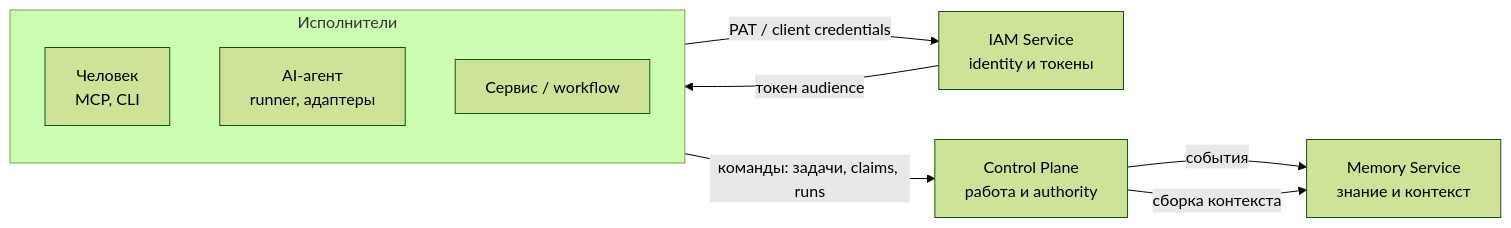
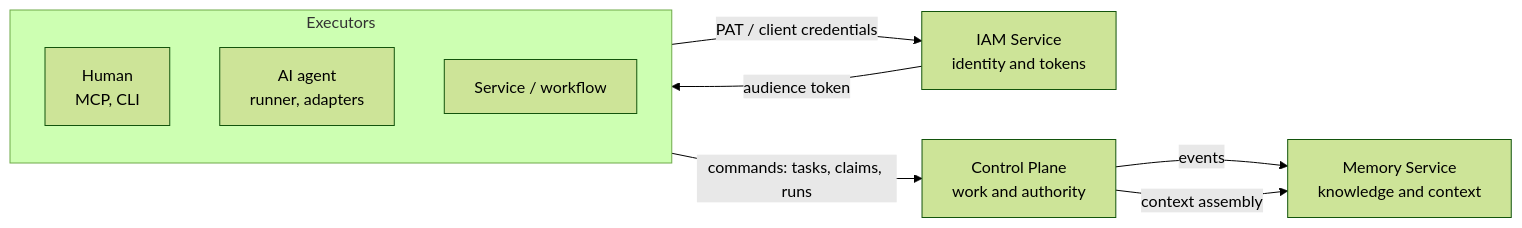
Before and after one commit to monthu56/taimen: the diagram in guide/docs/overview/index.md, drawn with Mermaid (forest theme). The commit also changed other lines of this file and 183 other files, not shown here.

````diff
--- a/guide/docs/overview/index.md
+++ b/guide/docs/overview/index.md
@@ -20,17 +21,17 @@
 ```mermaid
 flowchart LR
-    subgraph Executors["Исполнители"]
-        H[Человек<br/>MCP, CLI]
-        A[AI-агент<br/>runner, адаптеры]
-        S[Сервис / workflow]
+    subgraph Executors["Executors"]
+        H[Human<br/>MCP, CLI]
+        A[AI agent<br/>runner, adapters]
+        S[Service / workflow]
     end
-    IAM[IAM Service<br/>identity и токены]
-    CP[Control Plane<br/>работа и authority]
-    M[Memory Service<br/>знание и контекст]
+    IAM[IAM Service<br/>identity and tokens]
+    CP[Control Plane<br/>work and authority]
+    M[Memory Service<br/>knowledge and context]
 
     Executors -->|PAT / client credentials| IAM
-    IAM -->|токен audience| Executors
-    Executors -->|команды: задачи, claims, runs| CP
-    CP -->|события| M
-    CP -->|сборка контекста| M
+    IAM -->|audience token| Executors
+    Executors -->|"commands: tasks, claims, runs"| CP
+    CP -->|events| M
+    CP -->|context assembly| M
 ```
````
